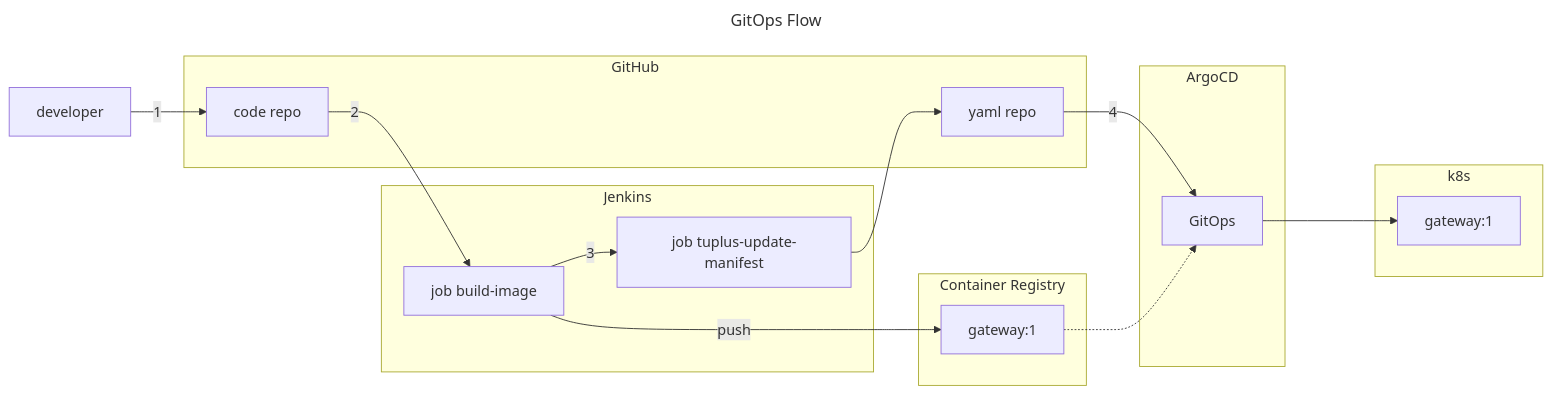
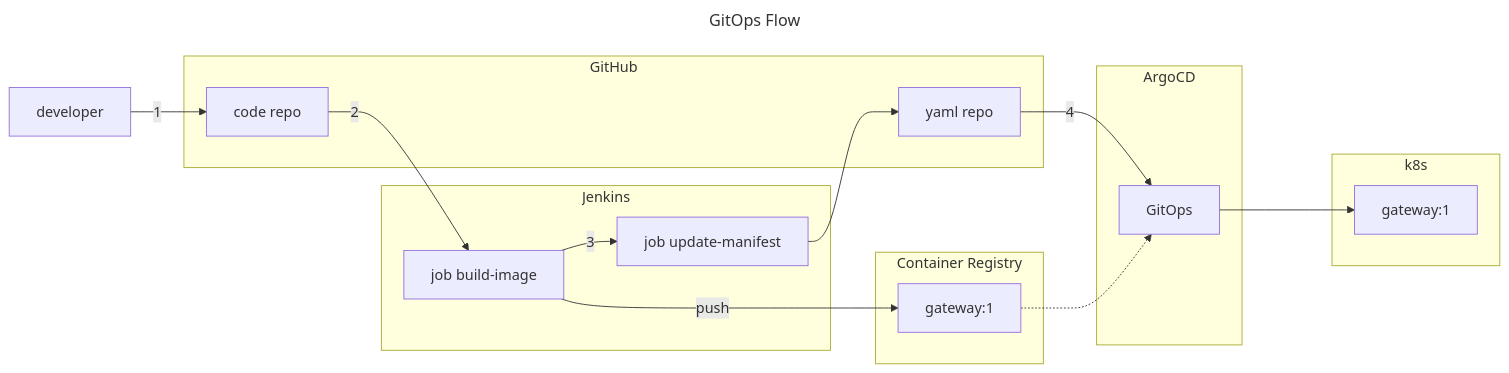
The second of 2 diagrams in README.md (codelab-kr/tuplus), drawn with Mermaid before and after one commit. The commit also changed 1 other file, not shown here.

Commit message:
[CHG] azure container registry

````diff
--- a/README.md
+++ b/README.md
@@ -118,27 +118,27 @@
 ```mermaid
 ---
 title: GitOps Flow
 ---
 flowchart LR
   subgraph Jenkins
     job1[job build-image]
-    job2[job tuplus-update-manifest]
+    job2[job update-manifest]
   end
   subgraph GitHub
     repo1[code repo]
     repo2[yaml repo]
   end
 
   subgraph Container Registry
     image[gateway:1]
   end
   subgraph ArgoCD
     gitops[GitOps]
   end
   subgraph k8s
     image2[gateway:1]
   end
    dev[developer] --1--> repo1 --2--> job1 --push--> image
    job1 --3--> job2 --> repo2 --4--> gitops ---> image2
    image -.-> gitops
 ```
````
